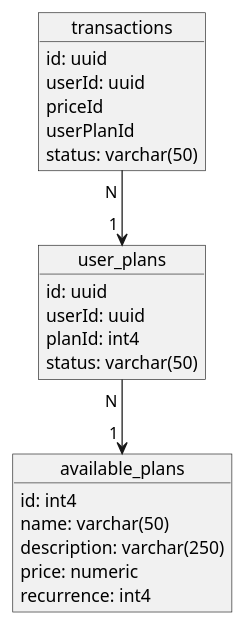
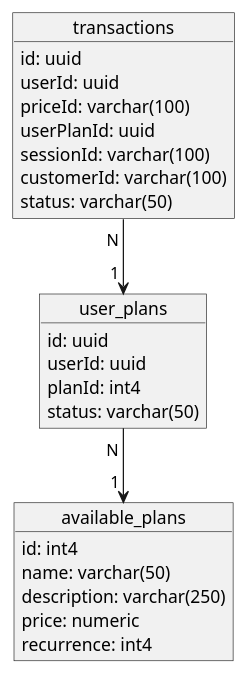
One commit to talentaz/subscription_manager changed the diagram in README.md. Above: the diagram before and after it, drawn with PlantUML.

````diff
--- a/README.md
+++ b/README.md
@@ -17,27 +17,30 @@
 ```plantuml
 object transactions {
   id: uuid
   userId: uuid
-  priceId
-  userPlanId
+  priceId: varchar(100)
+  userPlanId: uuid
+  sessionId: varchar(100)
+  customerId: varchar(100)
   status: varchar(50)
 }
 
 object user_plans {
   id: uuid
   userId: uuid
   planId: int4
   status: varchar(50)
 }
 
 object available_plans {
   id: int4
   name: varchar(50)
   description: varchar(250)
   price: numeric
   recurrence: int4
 }
 
+
 transactions "N " --> "1 " user_plans
 user_plans "N " --> "1 " available_plans
 ```
````
